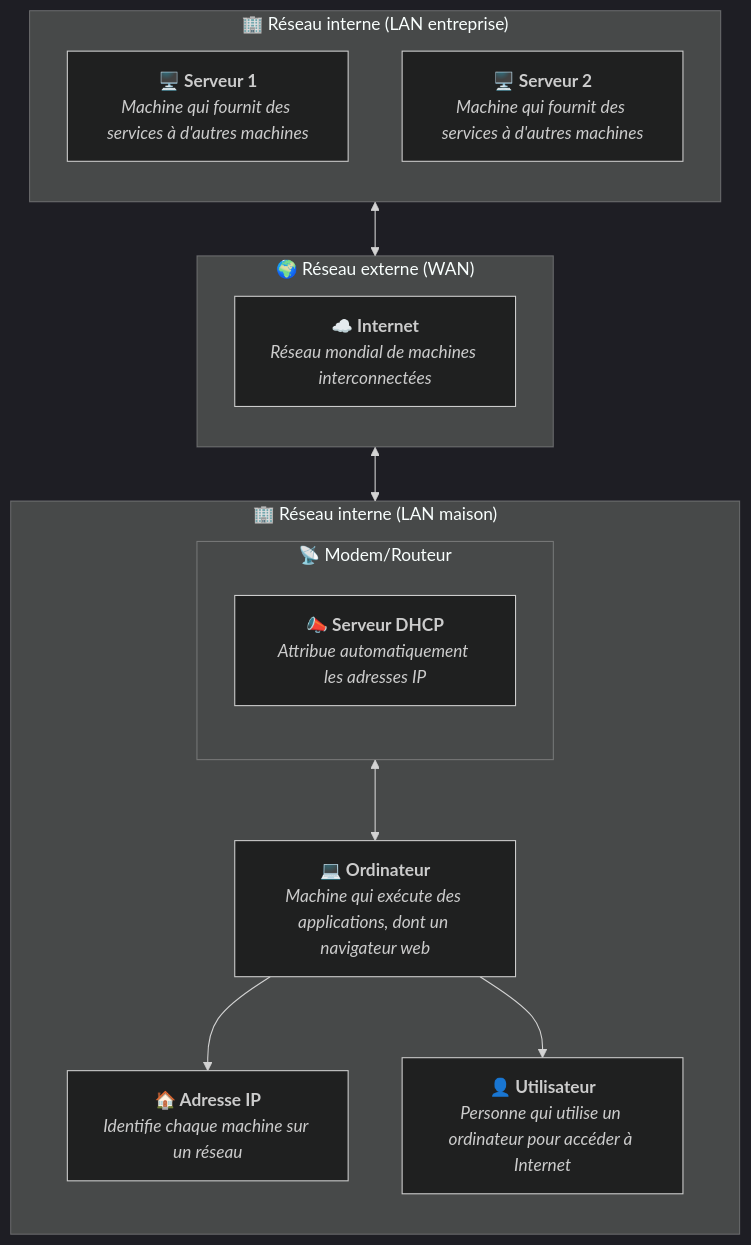
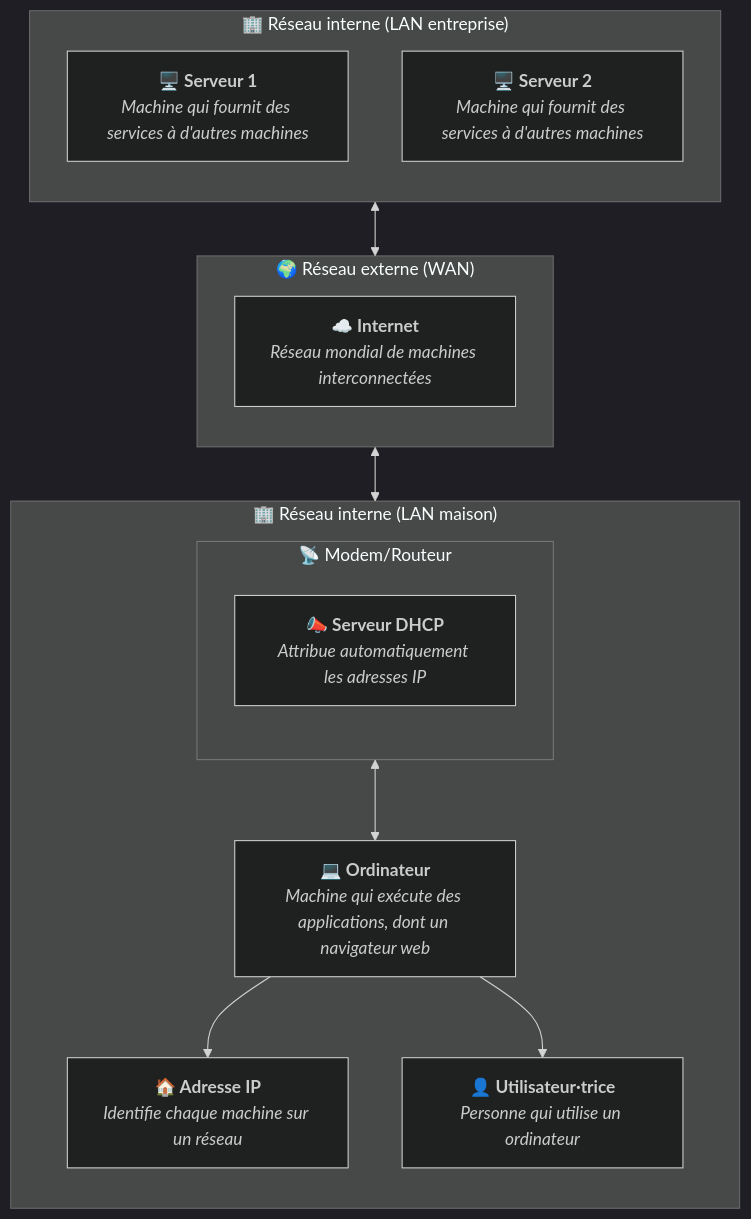
Before and after one commit to heig-vd-upinfo-course/heig-vd-upinfo-course: the diagram in src/content/docs/04-communications-reseaux-et-internet/05-serveur-dhcp.mdx, drawn with Mermaid (dark theme). The commit also changed 7 other files, not shown here.

Commit message:
Finalisation des diagrammes

````diff
--- a/src/content/docs/04-communications-reseaux-et-internet/05-serveur-dhcp.mdx
+++ b/src/content/docs/04-communications-reseaux-et-internet/05-serveur-dhcp.mdx
@@ -41,60 +41,60 @@
 ```mermaid
 flowchart
   IP["`
     **🏠 Adresse IP**
     _Identifie chaque machine sur un réseau_
   `"]
   DHCP["`
     **📣 Serveur DHCP**
     _Attribue automatiquement les adresses IP_
   `"]
   Computer["`
     **💻 Ordinateur**
     _Machine qui exécute des applications, dont un navigateur web_
   `"]
   Server1["`
     **🖥️ Serveur 1**
     _Machine qui fournit des services à d'autres machines_
   `"]
   Server2["`
     **🖥️ Serveur 2**
     _Machine qui fournit des services à d'autres machines_
   `"]
   Internet["`
     **☁️ Internet**
     _Réseau mondial de machines interconnectées_
   `"]
   User["`
-    **👤 Utilisateur**
-    _Personne qui utilise un ordinateur pour accéder à Internet_
+    **👤 Utilisateur·trice**
+    _Personne qui utilise un ordinateur_
   `"]
 
   subgraph LAN_1["🏢 Réseau interne (LAN entreprise)"]
     direction TB
 
     Server1
     Server2
   end
 
   subgraph WAN["🌍 Réseau externe (WAN)"]
     direction TB
 
     Internet
   end
 
   subgraph LAN_2["🏢 Réseau interne (LAN maison)"]
     direction TB
 
     subgraph Modem["📡 Modem/Routeur"]
       direction TB
 
       DHCP
     end
 
     Modem <--> Computer
     Computer --> IP
     Computer --> User
   end
 
   LAN_1 <--> WAN <--> LAN_2
 ```
````
